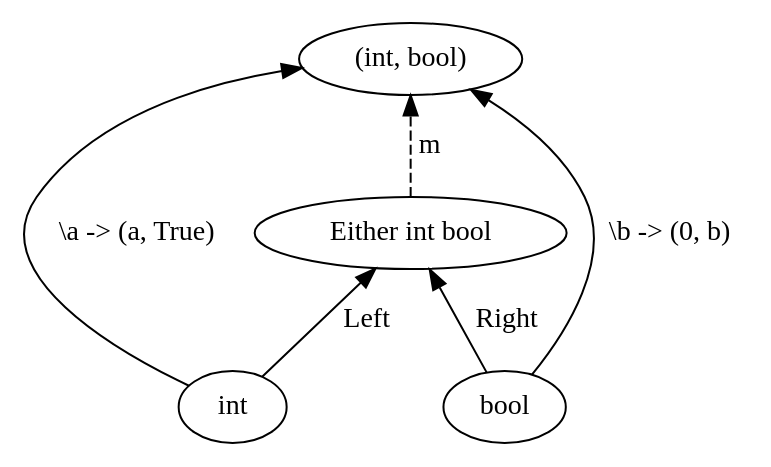
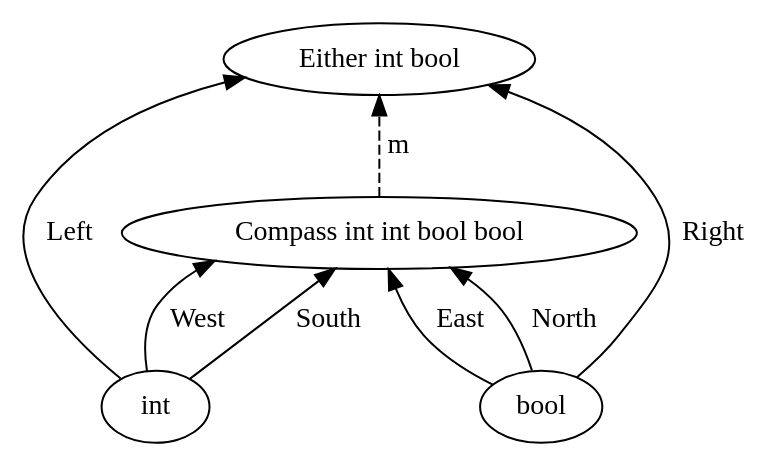
The eighth of 8 diagrams in 105-Products-and-Coproducts.md (awalterschulze/category-theory-for-programmers-challenges), drawn with Graphviz before and after one commit. The commit also changed other lines of this file and 1 other file, not shown here.

Commit message:
new picture for 105-8

````diff
--- a/105-Products-and-Coproducts.md
+++ b/105-Products-and-Coproducts.md
@@ -445,15 +445,17 @@
 ```dot
 digraph G {
-  c [label="Either int bool"]
-  "c'" [label="(int, bool)"]
+  "c'" [label="Either int bool"]
+  c [label="Compass int int bool bool"]
   a [label="int"]
   b [label="bool"]
   c -> "c'" [label=" m", style="dashed"]
-  a -> "c'" [label="\\a -> (a, True)"]
-  b -> "c'" [label="\\b -> (0, b)"]
-  a -> c [label=" Left"]
-  b -> c [label=" Right"]
+  a -> "c'" [label=" Left"]
+  b -> "c'" [label=" Right"]
+  a -> c [label=" West"]
+  a -> c [label=" South"]
+  b -> c [label=" East"]
+  b -> c [label=" North"]
   { rank = min; "c'" }
   { rank = max; a; b }
 }
 ```
````
